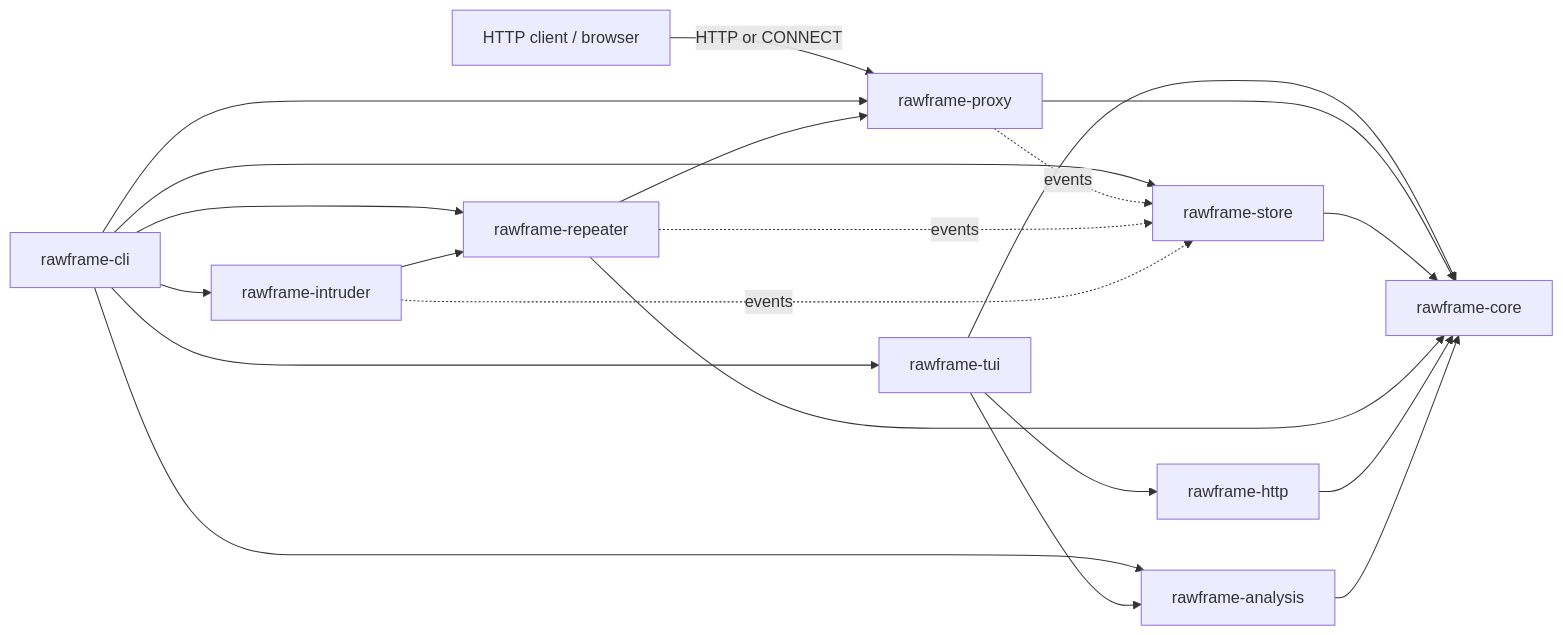
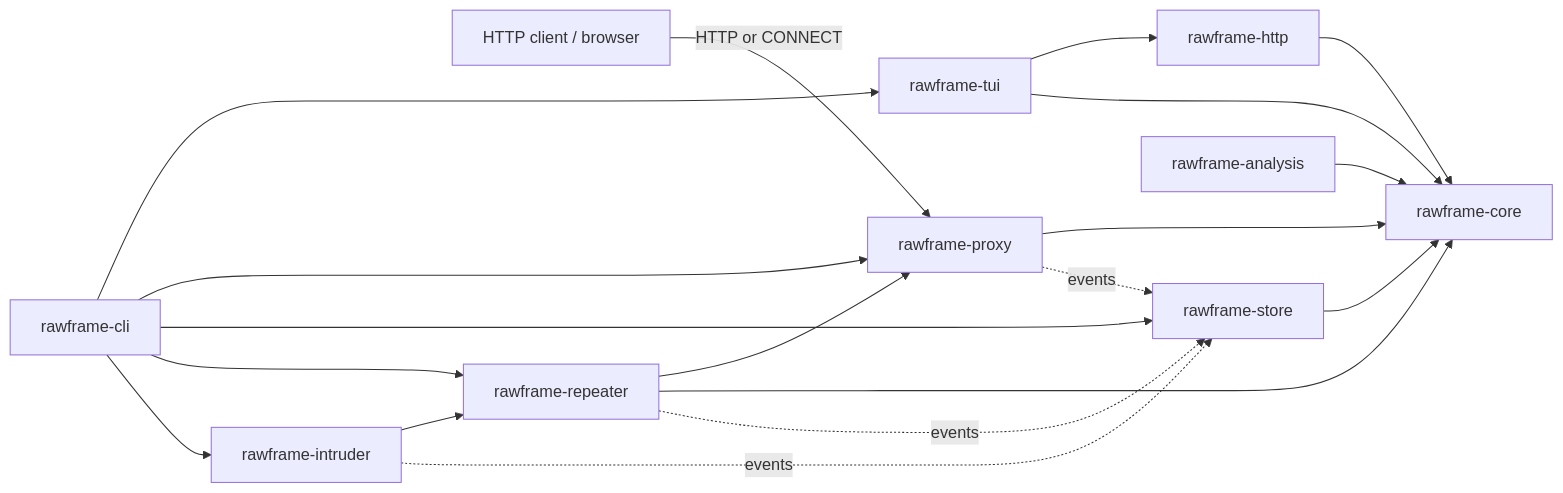
Before and after one commit to dustin04x/RAWFR4ME: the diagram in README.md, drawn with Mermaid. The commit also changed other lines of this file and 69 other files, not shown here.

````diff
--- a/README.md
+++ b/README.md
@@ -248,23 +248,21 @@
 ```mermaid
 flowchart LR
     client[HTTP client / browser] -->|HTTP or CONNECT| proxy[rawframe-proxy]
     cli[rawframe-cli] --> tui[rawframe-tui]
     cli --> proxy
     cli --> store[rawframe-store]
     cli --> repeater[rawframe-repeater]
     cli --> intruder[rawframe-intruder]
-    cli --> analysis[rawframe-analysis]
     repeater --> proxy
     intruder --> repeater
-    tui --> analysis
     tui --> http[rawframe-http]
     tui --> core[rawframe-core]
     proxy --> core
     store --> core
     repeater --> core
     http --> core
-    analysis --> core
+    analysis[rawframe-analysis] --> core
     proxy -. events .-> store
     repeater -. events .-> store
     intruder -. events .-> store
 ```
````
